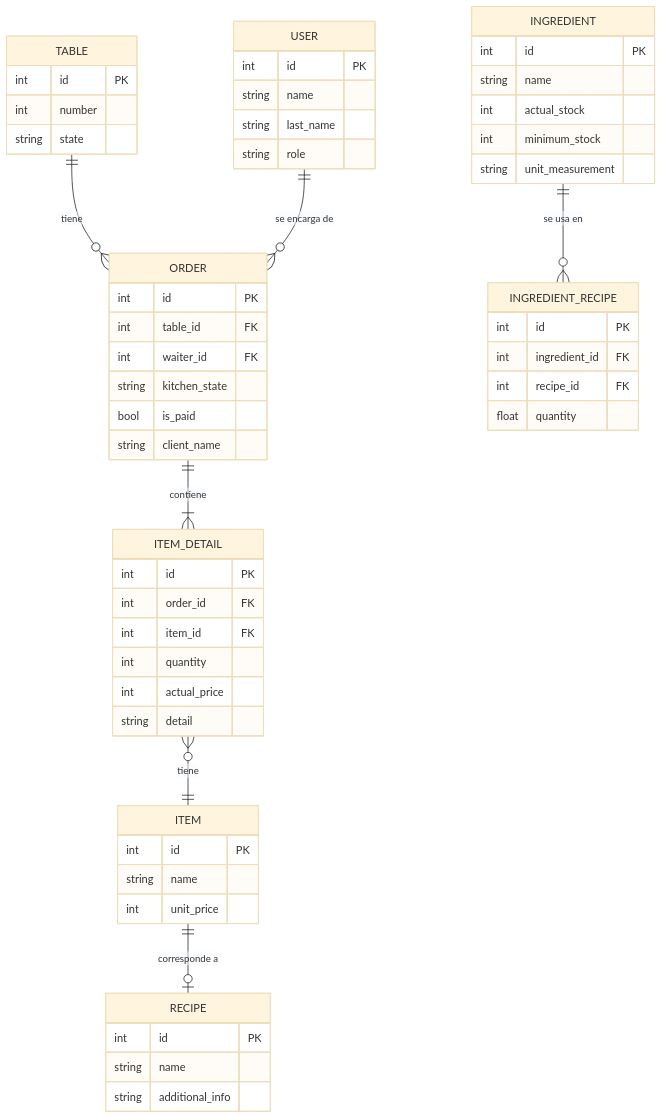
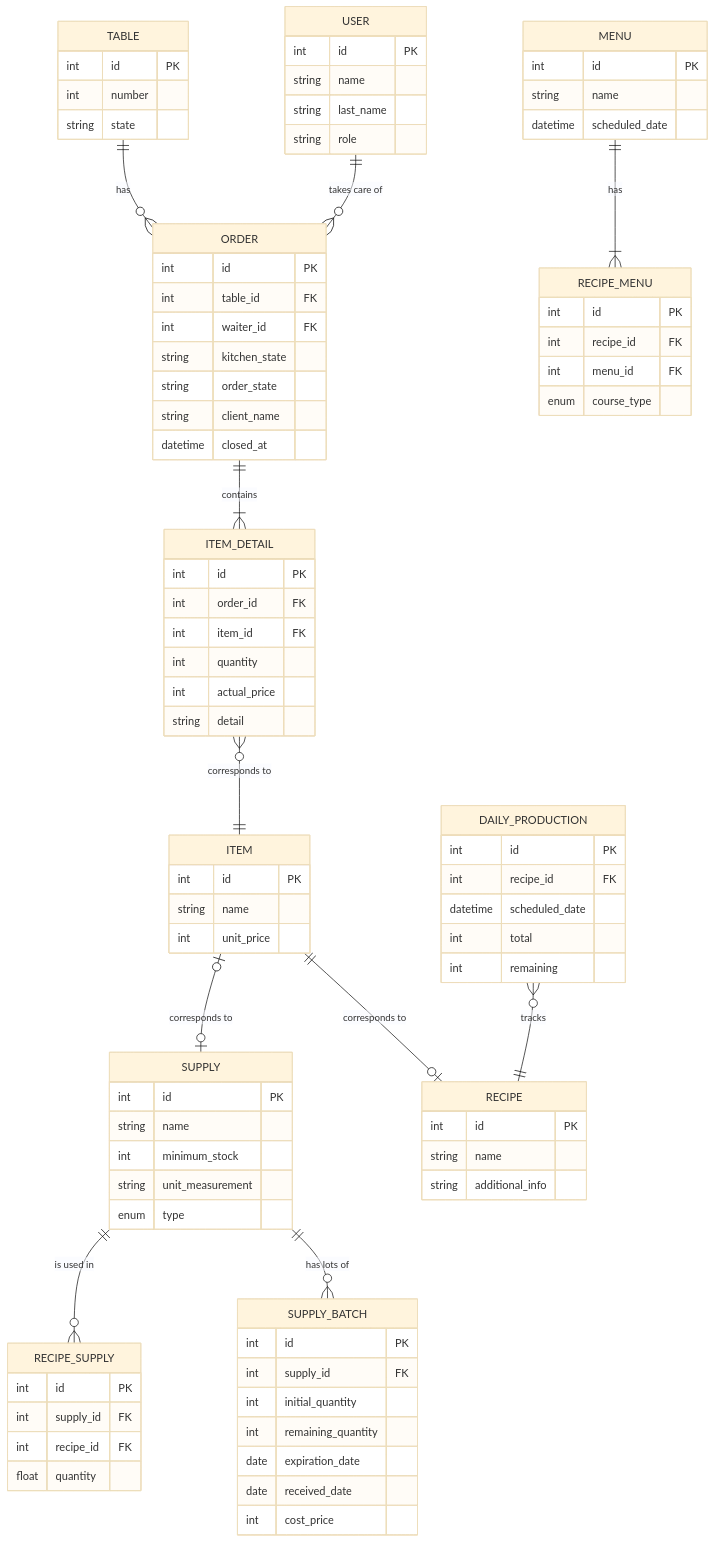
The diagram in docs/ARCHITECTURE.md (Josecris10/sistema-restaurante), drawn with Mermaid (base theme) before and after one commit. The commit also changed 3 other files, not shown here.

````diff
--- a/docs/ARCHITECTURE.md
+++ b/docs/ARCHITECTURE.md
@@ -29,12 +29,17 @@
 
 erDiagram
 %% Esto es un comentario: Define la relación
-TABLE ||--o{ ORDER : "tiene"
-ORDER ||--|{ ITEM_DETAIL: "contiene"
-INGREDIENT ||--o{ INGREDIENT_RECIPE : "se usa en"
-ITEM ||--o| RECIPE: "corresponde a"
-ITEM_DETAIL }o--|| ITEM: "tiene"
-USER ||--o{ ORDER: "se encarga de"
+TABLE ||--o{ ORDER : "has"
+ORDER ||--|{ ITEM_DETAIL: "contains"
+SUPPLY ||--o{ RECIPE_SUPPLY : "is used in"
+ITEM_DETAIL }o--|| ITEM: "corresponds to "
+ITEM ||--o| RECIPE: "corresponds to"
+ITEM |o--o| SUPPLY : "corresponds to"
+USER ||--o{ ORDER: "takes care of"
+MENU ||--|{ RECIPE_MENU : "has"
+DAILY_PRODUCTION }o--|| RECIPE : "tracks"
+SUPPLY ||--o{ SUPPLY_BATCH:"has lots of"
+
 
 
     USER {
@@ -56,8 +61,9 @@
         int table_id FK
         int waiter_id FK
         string kitchen_state
-        bool is_paid
+        string order_state
         string client_name
+        datetime closed_at
     }
 
     ITEM {
@@ -83,21 +89,52 @@
 
     }
 
-    INGREDIENT_RECIPE {
+    RECIPE_SUPPLY {
       int id PK
-      int ingredient_id FK
+      int supply_id FK
       int recipe_id FK
       float quantity
     }
 
-    INGREDIENT {
+    SUPPLY {
       int id PK
       string name
-      int actual_stock
       int minimum_stock
       string unit_measurement
+      enum type
+    }
+
+    SUPPLY_BATCH {
+      int id PK
+      int supply_id FK
+      int initial_quantity
+      int remaining_quantity
+      date expiration_date
+      date received_date
+      int cost_price
+    }
+
+    MENU {
+      int id PK
+      string name
+      datetime scheduled_date
+    }
+
+    RECIPE_MENU {
+      int id PK
+      int recipe_id FK
+      int menu_id FK
+      enum course_type
+
+    }
+
+    DAILY_PRODUCTION {
+      int id PK
+      int recipe_id FK
+      datetime scheduled_date
+      int total
+      int remaining
     }
 
 
-
 ```
````
